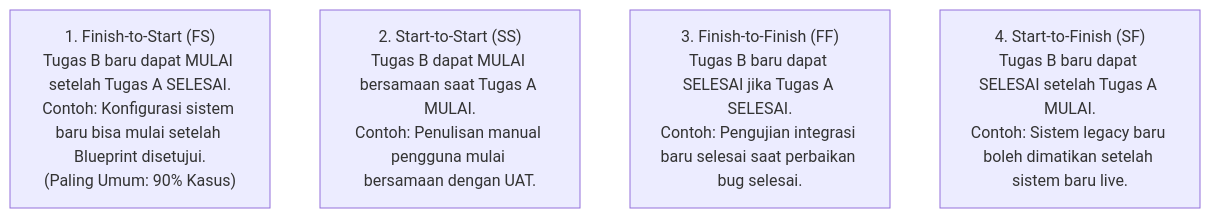
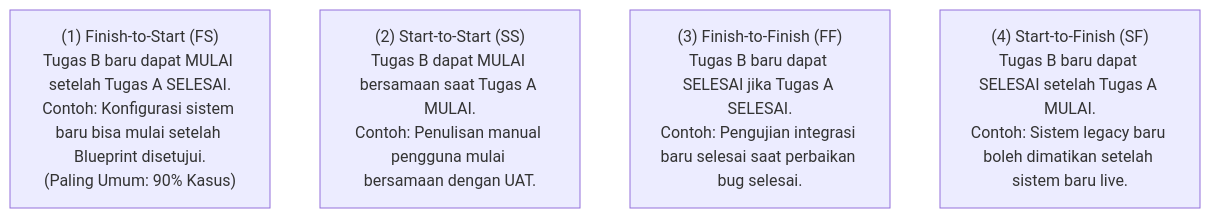
The second of 4 diagrams in content/09-project/project-planning-and-scheduling.md (alimurrofid/erp-notes), drawn with Mermaid before and after one commit. The commit also changed other lines of this file and 132 other files, not shown here.

````diff
--- a/content/09-project/project-planning-and-scheduling.md
+++ b/content/09-project/project-planning-and-scheduling.md
@@ -45,7 +45,7 @@
 ```mermaid
 graph TD
-    FS["1. Finish-to-Start (FS)<br/>Tugas B baru dapat MULAI setelah Tugas A SELESAI.<br/>Contoh: Konfigurasi sistem baru bisa mulai setelah Blueprint disetujui.<br/>(Paling Umum: 90% Kasus)"]
-    SS["2. Start-to-Start (SS)<br/>Tugas B dapat MULAI bersamaan saat Tugas A MULAI.<br/>Contoh: Penulisan manual pengguna mulai bersamaan dengan UAT."]
-    FF["3. Finish-to-Finish (FF)<br/>Tugas B baru dapat SELESAI jika Tugas A SELESAI.<br/>Contoh: Pengujian integrasi baru selesai saat perbaikan bug selesai."]
-    SF["4. Start-to-Finish (SF)<br/>Tugas B baru dapat SELESAI setelah Tugas A MULAI.<br/>Contoh: Sistem legacy baru boleh dimatikan setelah sistem baru live."]
+    FS["(1) Finish-to-Start (FS)<br/>Tugas B baru dapat MULAI setelah Tugas A SELESAI.<br/>Contoh: Konfigurasi sistem baru bisa mulai setelah Blueprint disetujui.<br/>(Paling Umum: 90% Kasus)"]
+    SS["(2) Start-to-Start (SS)<br/>Tugas B dapat MULAI bersamaan saat Tugas A MULAI.<br/>Contoh: Penulisan manual pengguna mulai bersamaan dengan UAT."]
+    FF["(3) Finish-to-Finish (FF)<br/>Tugas B baru dapat SELESAI jika Tugas A SELESAI.<br/>Contoh: Pengujian integrasi baru selesai saat perbaikan bug selesai."]
+    SF["(4) Start-to-Finish (SF)<br/>Tugas B baru dapat SELESAI setelah Tugas A MULAI.<br/>Contoh: Sistem legacy baru boleh dimatikan setelah sistem baru live."]
 ```
````
